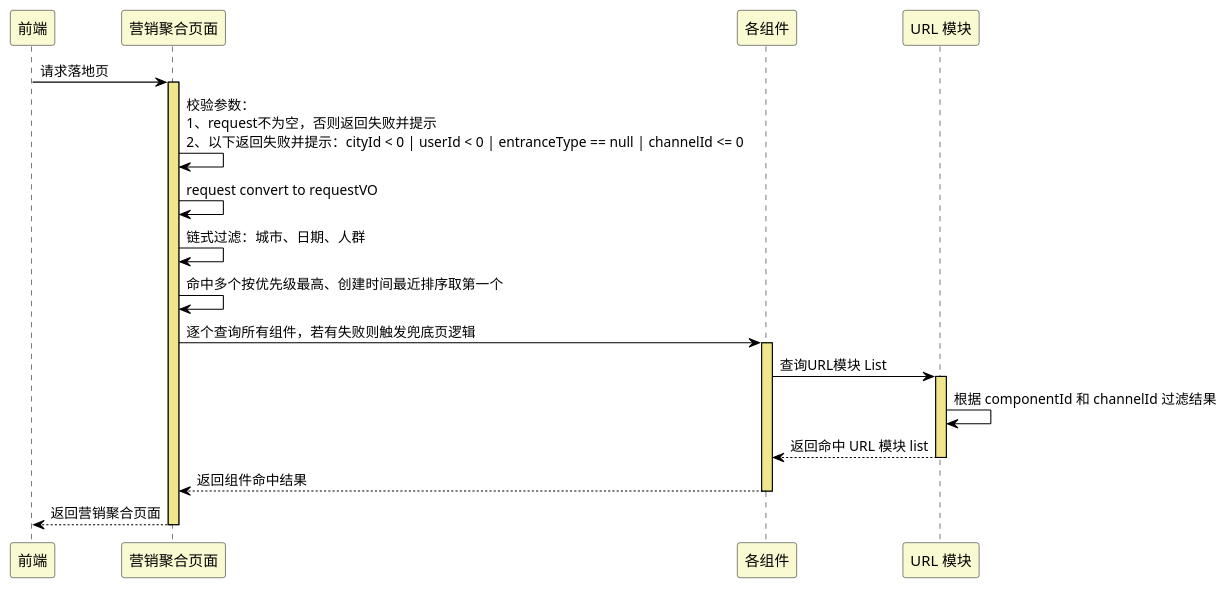
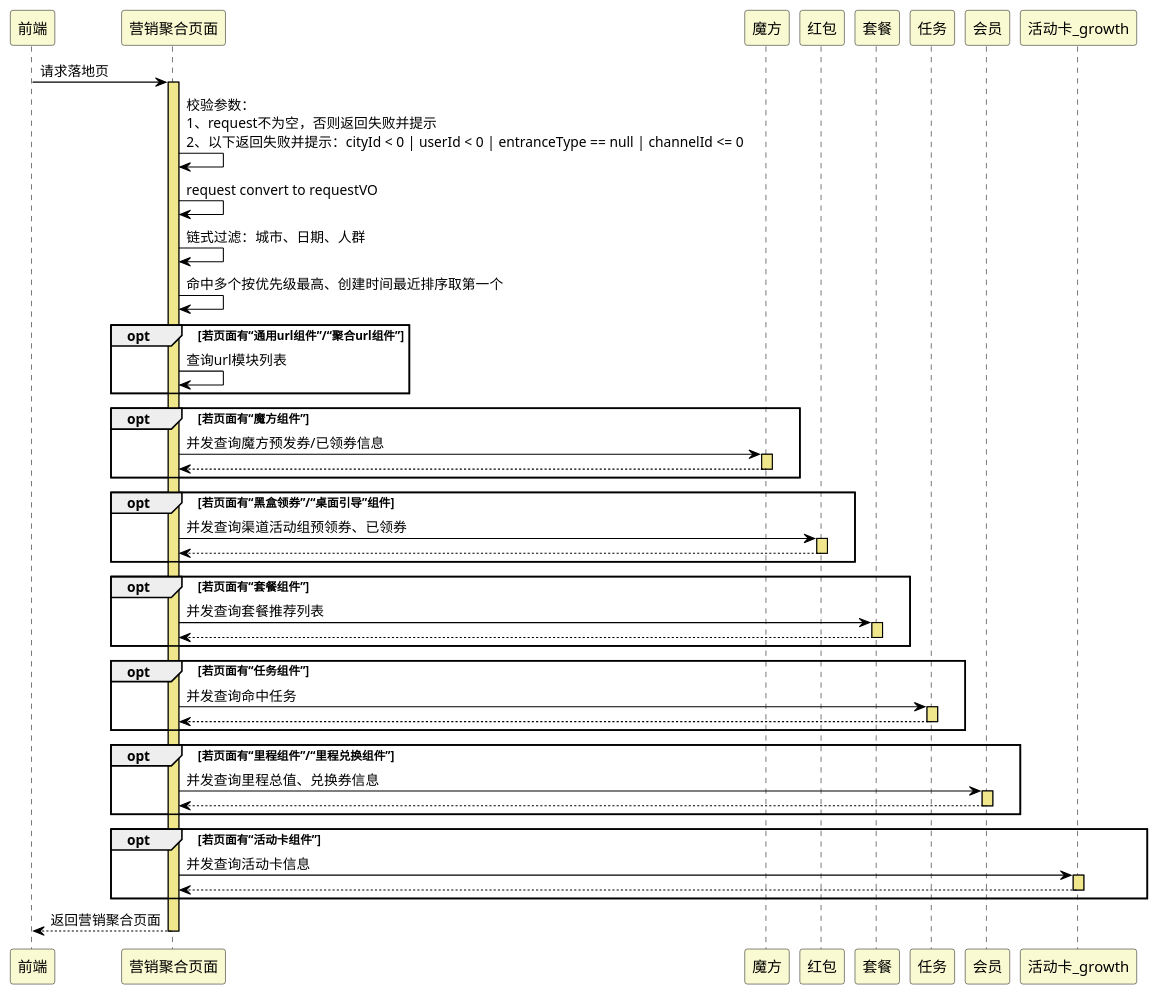
The diagram in src/note/aggregation/C_profile.puml (zhangbotong/mt-plantuml), drawn with PlantUML before and after one commit. The commit also changed 19 other files, not shown here.

```diff
--- a/src/note/aggregation/C_profile.puml
+++ b/src/note/aggregation/C_profile.puml
@@ -1,34 +1,72 @@
 @startuml
 skinparam sequence {
 ArrowColor black
 LifeLineBorderColor black
 LifeLineBackgroundColor khaki
 
 ParticipantBackgroundColor lightgoldenrodyellow
 }
 
 participant "前端" as 前端
 participant "营销聚合页面" as 营销聚合页面
-participant "各组件" as 各组件
-participant "URL 模块" as URL模块
+participant "魔方" as 魔方
+participant "红包" as 红包
 
 
 前端 -> 营销聚合页面 : 请求落地页
 activate 营销聚合页面
 营销聚合页面 -> 营销聚合页面 : 校验参数：\n1、request不为空，否则返回失败并提示\n2、以下返回失败并提示：cityId < 0 | userId < 0 | entranceType == null | channelId <= 0
 营销聚合页面 -> 营销聚合页面 : request convert to requestVO
 营销聚合页面 -> 营销聚合页面 : 链式过滤：城市、日期、人群
 营销聚合页面 -> 营销聚合页面 : 命中多个按优先级最高、创建时间最近排序取第一个
-营销聚合页面 -> 各组件 : 逐个查询所有组件，若有失败则触发兜底页逻辑
-activate 各组件
-各组件 -> URL模块 : 查询URL模块 List
-activate URL模块
-URL模块 -> URL模块 : 根据 componentId 和 channelId 过滤结果
-URL模块 --> 各组件 : 返回命中 URL 模块 list
-deactivate URL模块
-各组件 --> 营销聚合页面 : 返回组件命中结果
-deactivate 各组件
+
+opt 若页面有“通用url组件”/“聚合url组件”
+    营销聚合页面 -> 营销聚合页面 : 查询url模块列表
+end
+
+opt 若页面有“魔方组件”
+    营销聚合页面 -> 魔方 : 并发查询魔方预发券/已领券信息
+    activate 魔方
+    魔方 --> 营销聚合页面
+    deactivate 魔方
+end
+
+opt 若页面有“黑盒领券”/“桌面引导”组件
+    营销聚合页面 -> 红包 : 并发查询渠道活动组预领券、已领券
+    activate 红包
+    红包 --> 营销聚合页面
+    deactivate 红包
+end
+
+opt 若页面有“套餐组件”
+    营销聚合页面 -> 套餐 : 并发查询套餐推荐列表
+    activate 套餐
+    套餐 --> 营销聚合页面
+    deactivate 套餐
+end
+
+opt 若页面有“任务组件”
+    营销聚合页面 -> 任务 : 并发查询命中任务
+    activate 任务
+    任务 --> 营销聚合页面
+    deactivate 任务
+end
+
+opt 若页面有“里程组件”/“里程兑换组件”
+    营销聚合页面 -> 会员 : 并发查询里程总值、兑换券信息
+    activate 会员
+    会员 --> 营销聚合页面
+    deactivate 会员
+end
+
+opt 若页面有“活动卡组件”
+    营销聚合页面 -> 活动卡_growth : 并发查询活动卡信息
+    activate 活动卡_growth
+    活动卡_growth --> 营销聚合页面
+    deactivate 活动卡_growth
+end
+
 营销聚合页面 --> 前端 : 返回营销聚合页面
 deactivate 营销聚合页面
 deactivate 前端
 @enduml
```
